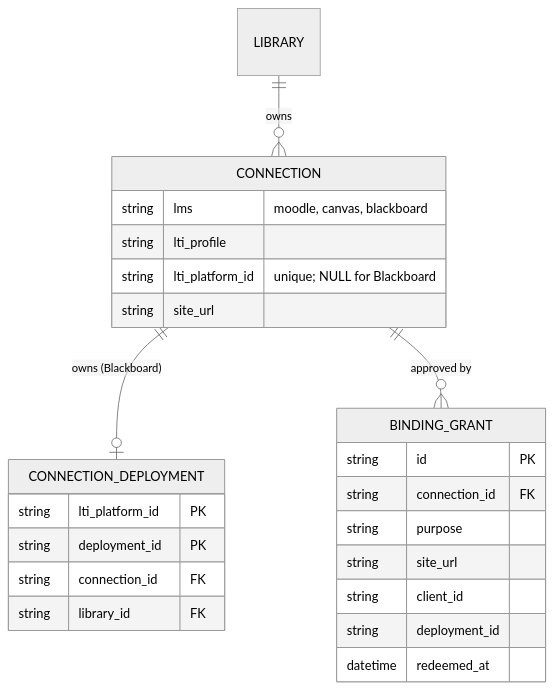
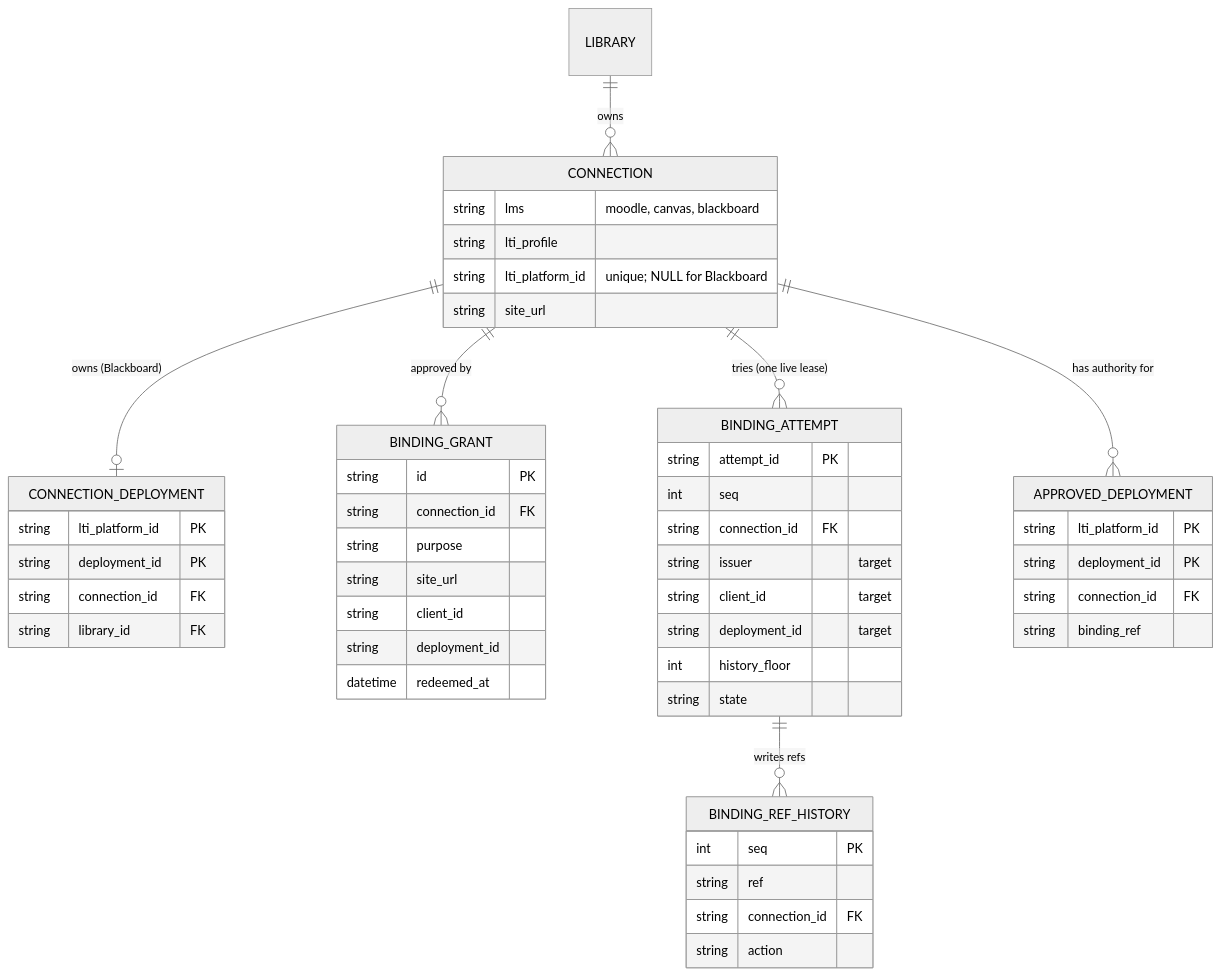
The seventh of 7 diagrams in docs/architecture/data-model.md (nguyenthanhquang152/cogniate_moodle_integration_prototype), drawn with Mermaid (neutral theme) before and after one commit. The commit also changed other lines of this file and 15 other files, not shown here.

````diff
--- a/docs/architecture/data-model.md
+++ b/docs/architecture/data-model.md
@@ -417,27 +455,52 @@
 ```mermaid
 erDiagram
     LIBRARY ||--o{ CONNECTION : owns
     CONNECTION ||--o| CONNECTION_DEPLOYMENT : "owns (Blackboard)"
     CONNECTION ||--o{ BINDING_GRANT : "approved by"
+    CONNECTION ||--o{ BINDING_ATTEMPT : "tries (one live lease)"
+    BINDING_ATTEMPT ||--o{ BINDING_REF_HISTORY : "writes refs"
+    CONNECTION ||--o{ APPROVED_DEPLOYMENT : "has authority for"
     CONNECTION {
       string lms "moodle, canvas, blackboard"
       string lti_profile
       string lti_platform_id "unique; NULL for Blackboard"
       string site_url
     }
     CONNECTION_DEPLOYMENT {
       string lti_platform_id PK
       string deployment_id PK
       string connection_id FK
       string library_id FK
     }
     BINDING_GRANT {
       string id PK
       string connection_id FK
       string purpose
       string site_url
       string client_id
       string deployment_id
       datetime redeemed_at
     }
+    BINDING_ATTEMPT {
+      string attempt_id PK
+      int seq
+      string connection_id FK
+      string issuer "target"
+      string client_id "target"
+      string deployment_id "target"
+      int history_floor
+      string state
+    }
+    BINDING_REF_HISTORY {
+      int seq PK
+      string ref
+      string connection_id FK
+      string action
+    }
+    APPROVED_DEPLOYMENT {
+      string lti_platform_id PK
+      string deployment_id PK
+      string connection_id FK
+      string binding_ref
+    }
 ```
````
